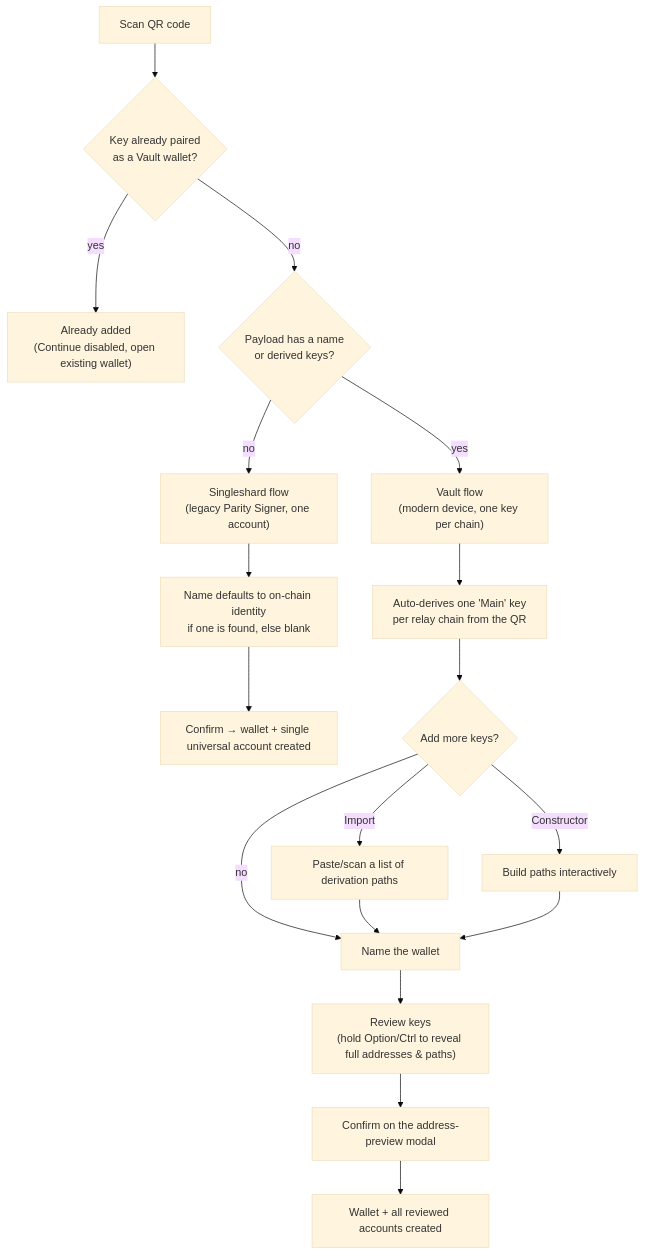
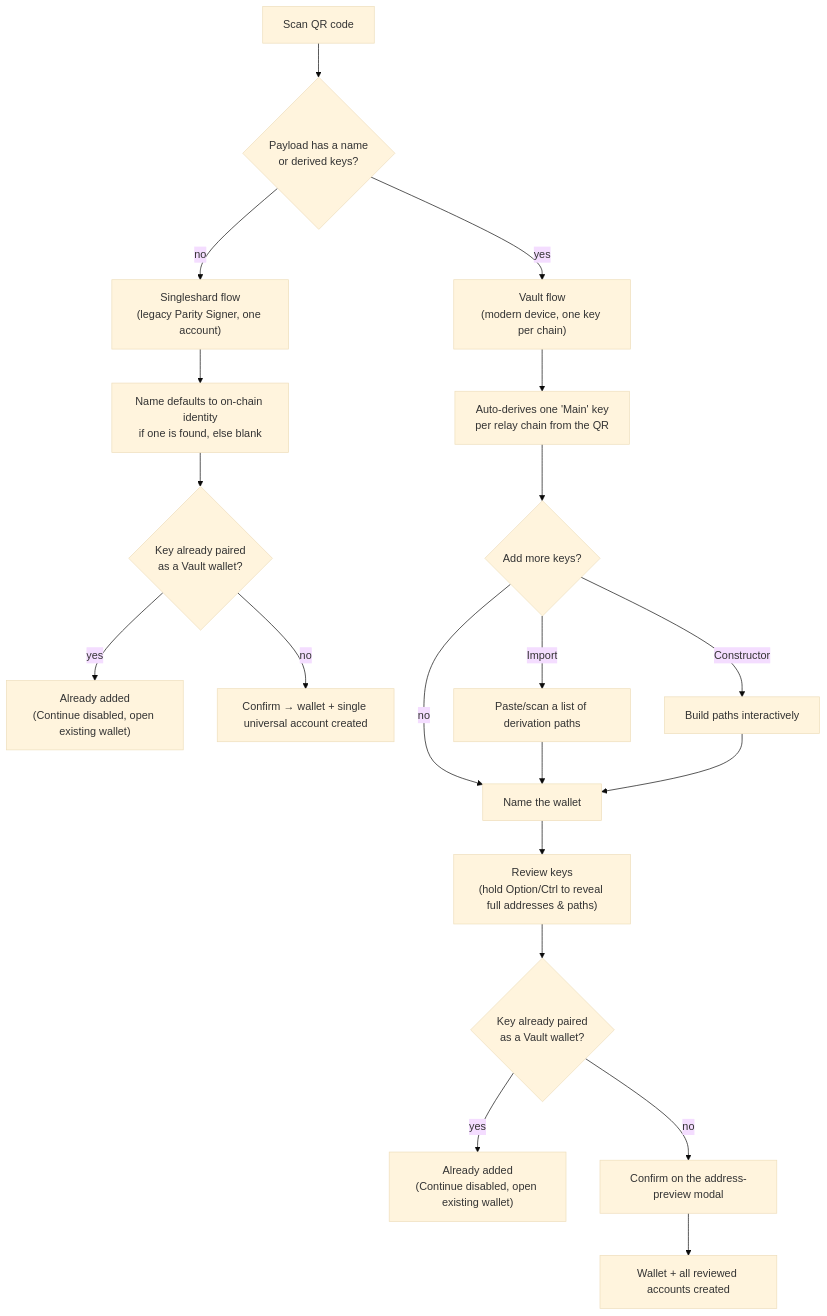
One commit to novasamatech/nova-spektr changed the diagram in src/renderer/features/polkadot-vault-wallet-pairing/README.md. Above: the diagram before and after it, drawn with Mermaid (base theme). The commit also changed 15 other files, not shown here.

First line of the commit message:
fix(vault): guard duplicate pairing in the models, share ExistingWalletAlert

````diff
--- a/src/renderer/features/polkadot-vault-wallet-pairing/README.md
+++ b/src/renderer/features/polkadot-vault-wallet-pairing/README.md
@@ -24,22 +24,24 @@
 ```mermaid
 flowchart TD
-    START["Scan QR code"] --> DUP{"Key already paired<br/>as a Vault wallet?"}
-    DUP -- "yes" --> BLOCKED["Already added<br/>(Continue disabled, open existing wallet)"]
-    DUP -- "no" --> Q1{"Payload has a name<br/>or derived keys?"}
+    START["Scan QR code"] --> Q1{"Payload has a name<br/>or derived keys?"}
     Q1 -- "no" --> SINGLE["Singleshard flow<br/>(legacy Parity Signer, one account)"]
     Q1 -- "yes" --> VAULT["Vault flow<br/>(modern device, one key per chain)"]
 
     SINGLE --> S1["Name defaults to on-chain identity<br/>if one is found, else blank"]
-    S1 --> S2["Confirm → wallet + single universal account created"]
+    S1 --> SDUP{"Key already paired<br/>as a Vault wallet?"}
+    SDUP -- "yes" --> SBLOCKED["Already added<br/>(Continue disabled, open existing wallet)"]
+    SDUP -- "no" --> S2["Confirm → wallet + single universal account created"]
 
     VAULT --> V1["Auto-derives one 'Main' key<br/>per relay chain from the QR"]
     V1 --> V2{"Add more keys?"}
     V2 -- "Import" --> V3["Paste/scan a list of derivation paths"]
     V2 -- "Constructor" --> V4["Build paths interactively"]
     V2 -- "no" --> V5["Name the wallet"]
     V3 --> V5
     V4 --> V5
     V5 --> V6["Review keys<br/>(hold Option/Ctrl to reveal full addresses & paths)"]
-    V6 --> V7["Confirm on the address-preview modal"]
+    V6 --> VDUP{"Key already paired<br/>as a Vault wallet?"}
+    VDUP -- "yes" --> VBLOCKED["Already added<br/>(Continue disabled, open existing wallet)"]
+    VDUP -- "no" --> V7["Confirm on the address-preview modal"]
     V7 --> V8["Wallet + all reviewed accounts created"]
 ```
````
